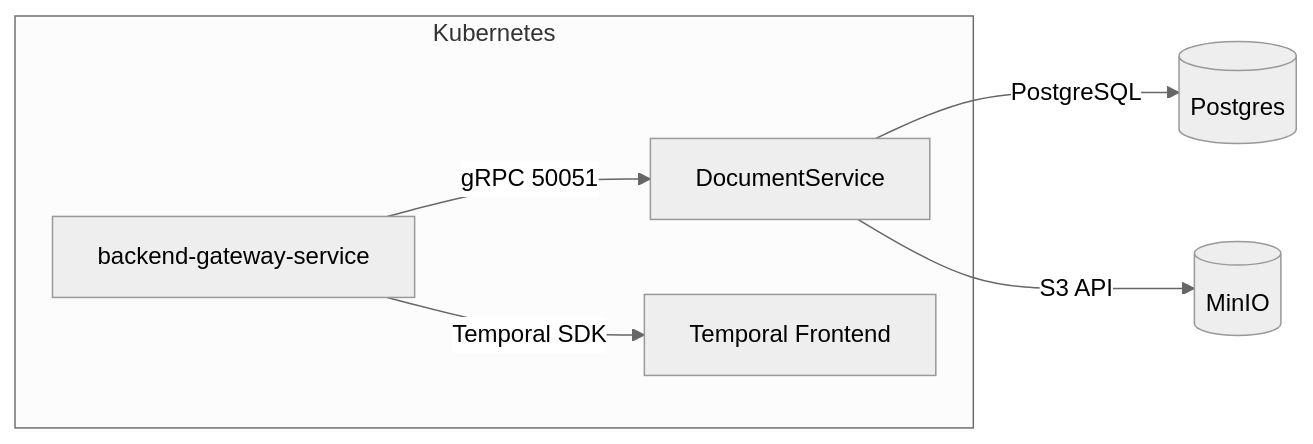
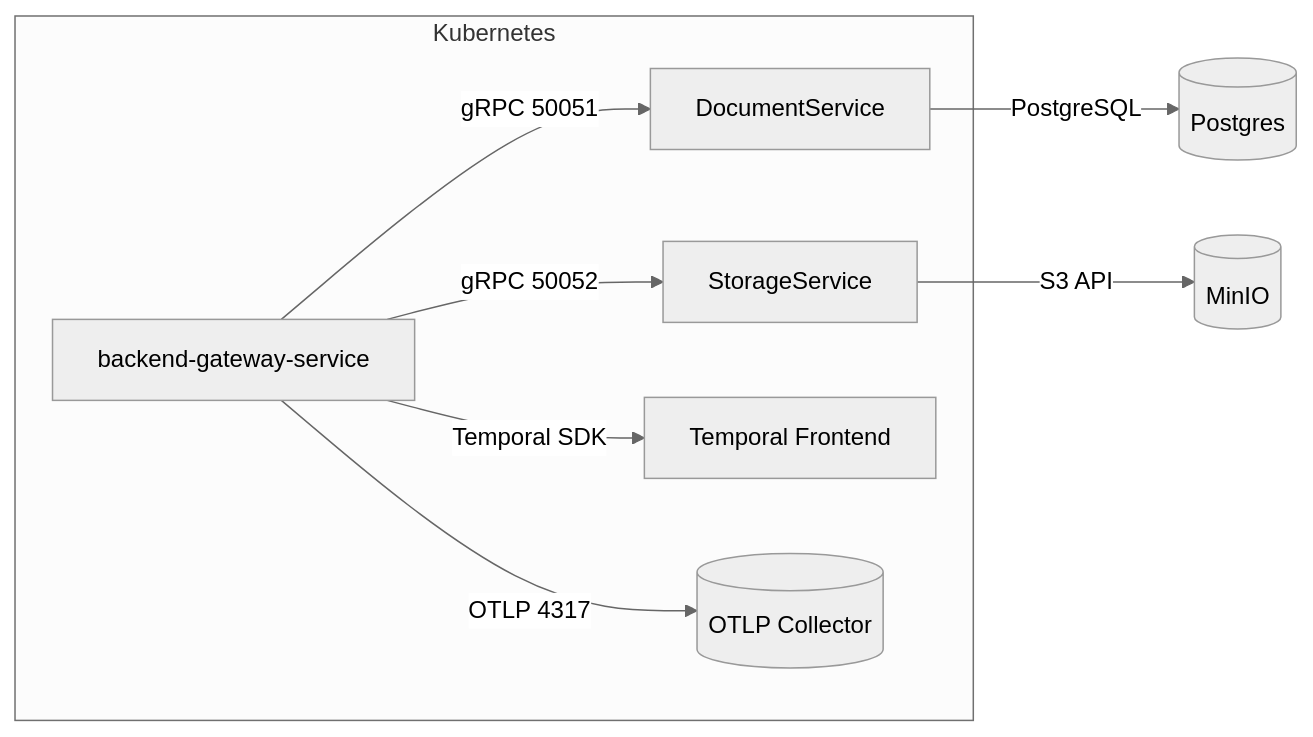
Before and after one commit to FedorovTeam/mono-repo: the diagram in backend/gateway-service/infrastructure.md, drawn with Mermaid (neutral theme). The commit also changed 26 other files, not shown here.

````diff
--- a/backend/gateway-service/infrastructure.md
+++ b/backend/gateway-service/infrastructure.md
@@ -3,10 +3,12 @@
 ```mermaid
 flowchart LR
     subgraph Kubernetes
       Gateway[backend-gateway-service] -->|gRPC 50051| DocumentService
+      Gateway -->|gRPC 50052| StorageService
       Gateway -->|Temporal SDK| Temporal[Temporal Frontend]
+      Gateway -->|OTLP 4317| OTelCollector[(OTLP Collector)]
     end
 
     DocumentService -->|PostgreSQL| DB[(Postgres)]
-    DocumentService -->|S3 API| MinIO[(MinIO)]
+    StorageService -->|S3 API| MinIO[(MinIO)]
 ```
````
